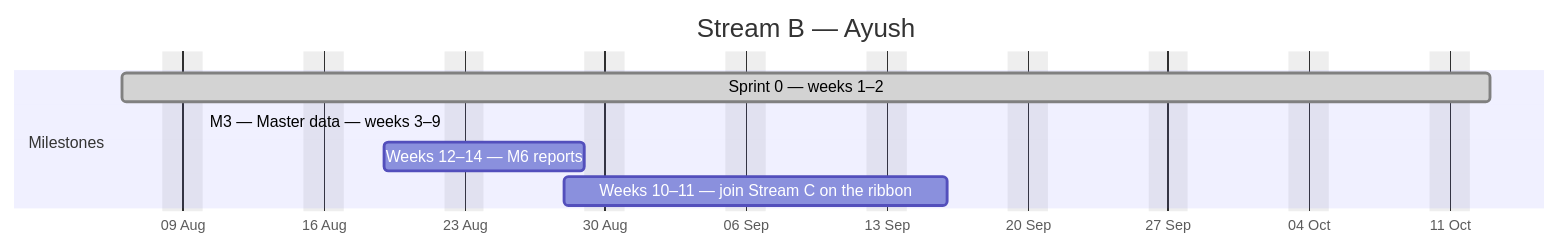
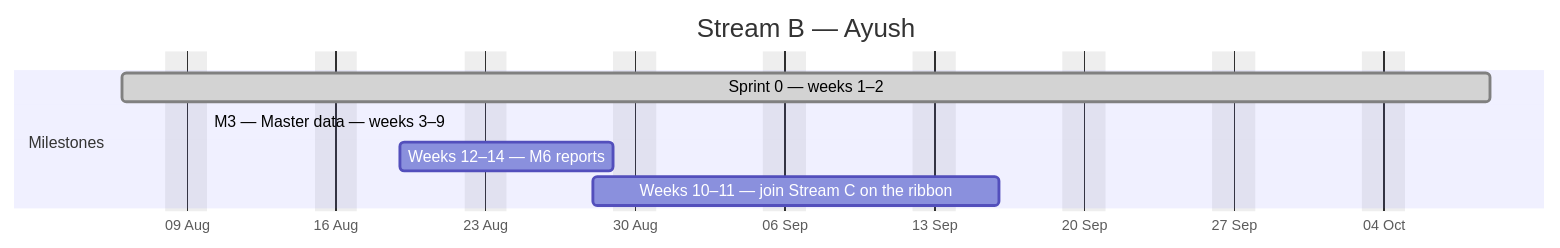
One commit to debashisedunext/EduTrack changed the second of 4 diagrams in docs/plan/GANTT.md. Above: the diagram before and after it, drawn with Mermaid. The commit also changed other lines of this file and 3 other files, not shown here.

````diff
--- a/docs/plan/GANTT.md
+++ b/docs/plan/GANTT.md
@@ -117,12 +119,12 @@
 ```mermaid
 gantt
     dateFormat YYYY-MM-DD
     axisFormat %d %b
     title Stream B — Ayush
     excludes weekends
     section Milestones
-    Sprint 0 — weeks 1–2 :done, b0, 2026-08-06, 48d
-    M3 — Master data — weeks 3–9 :active, b1, 2026-08-10, -9d
+    Sprint 0 — weeks 1–2 :done, b0, 2026-08-06, 46d
+    M3 — Master data — weeks 3–9 :active, b1, 2026-08-10, -10d
     Weeks 12–14 — M6 reports :b2, 2026-08-19, 8d
     Weeks 10–11 — join Stream C on the ribbon :b3, 2026-08-28, 13d
 ```
````
